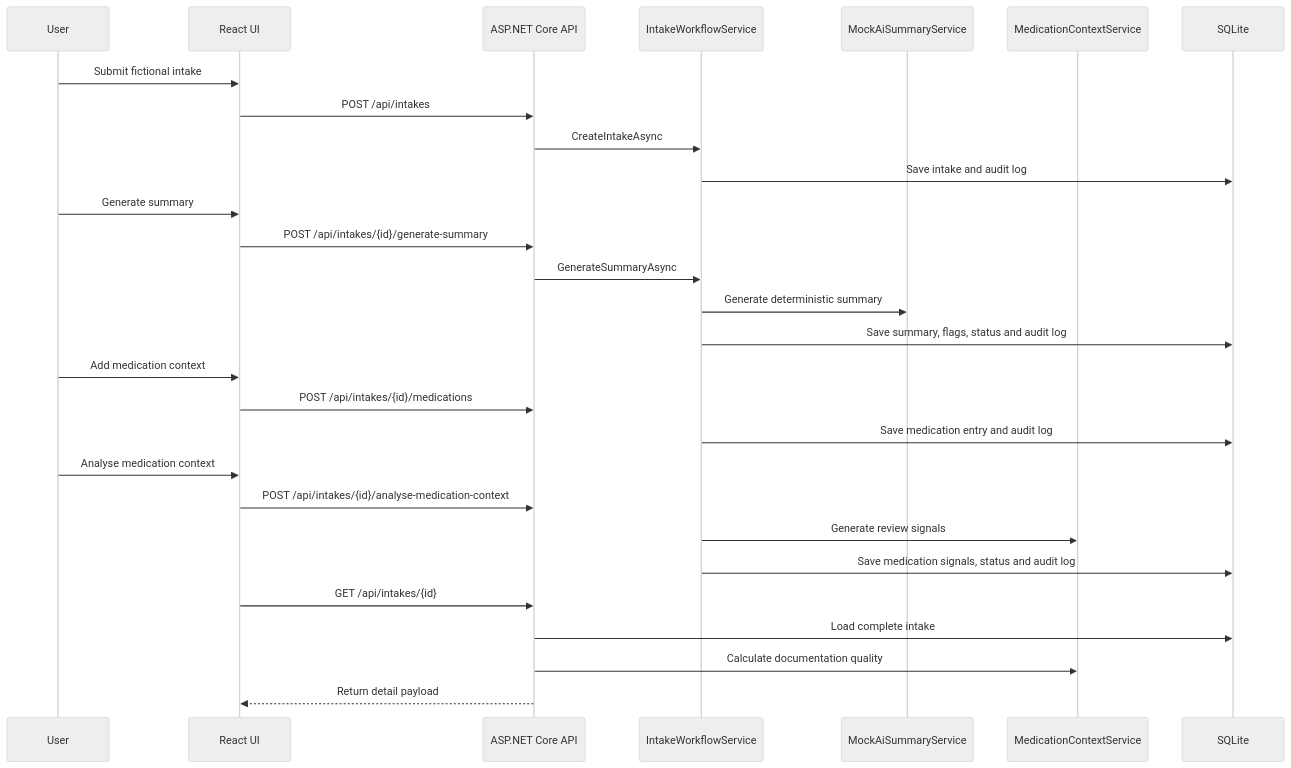
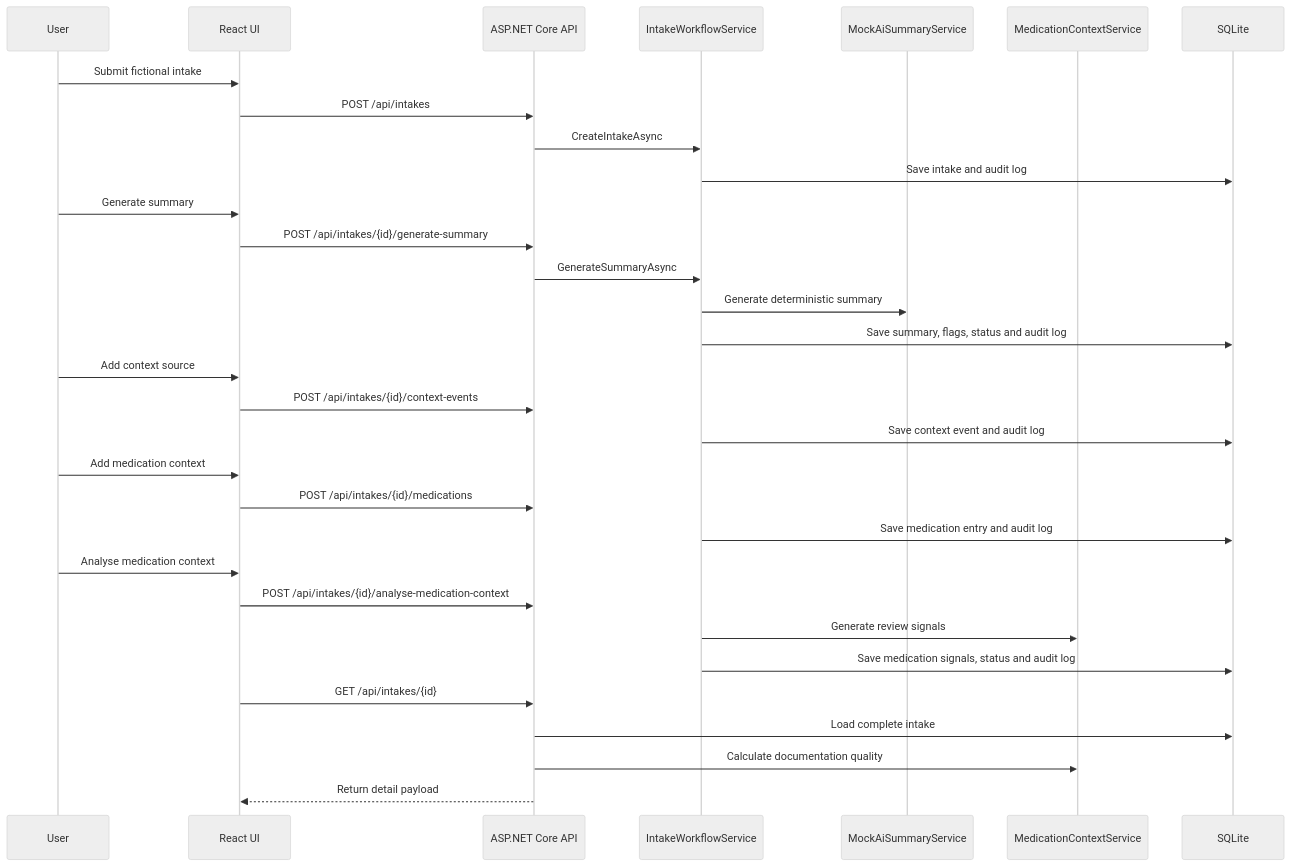
Before and after one commit to Pharmacist65/clinical-intake-ai-workflow: the diagram in docs/architecture.md, drawn with Mermaid (neutral theme). The commit also changed other lines of this file and 21 other files, not shown here.

Commit message:
Add context event workflow

````diff
--- a/docs/architecture.md
+++ b/docs/architecture.md
@@ -117,31 +121,34 @@
 ```mermaid
 sequenceDiagram
     participant User
     participant UI as React UI
     participant API as ASP.NET Core API
     participant Workflow as IntakeWorkflowService
     participant AI as MockAiSummaryService
     participant Pharmacy as MedicationContextService
     participant DB as SQLite
 
     User->>UI: Submit fictional intake
     UI->>API: POST /api/intakes
     API->>Workflow: CreateIntakeAsync
     Workflow->>DB: Save intake and audit log
     User->>UI: Generate summary
     UI->>API: POST /api/intakes/{id}/generate-summary
     API->>Workflow: GenerateSummaryAsync
     Workflow->>AI: Generate deterministic summary
     Workflow->>DB: Save summary, flags, status and audit log
+    User->>UI: Add context source
+    UI->>API: POST /api/intakes/{id}/context-events
+    Workflow->>DB: Save context event and audit log
     User->>UI: Add medication context
     UI->>API: POST /api/intakes/{id}/medications
     Workflow->>DB: Save medication entry and audit log
     User->>UI: Analyse medication context
     UI->>API: POST /api/intakes/{id}/analyse-medication-context
     Workflow->>Pharmacy: Generate review signals
     Workflow->>DB: Save medication signals, status and audit log
     UI->>API: GET /api/intakes/{id}
     API->>DB: Load complete intake
     API->>Pharmacy: Calculate documentation quality
     API-->>UI: Return detail payload
 ```
````
